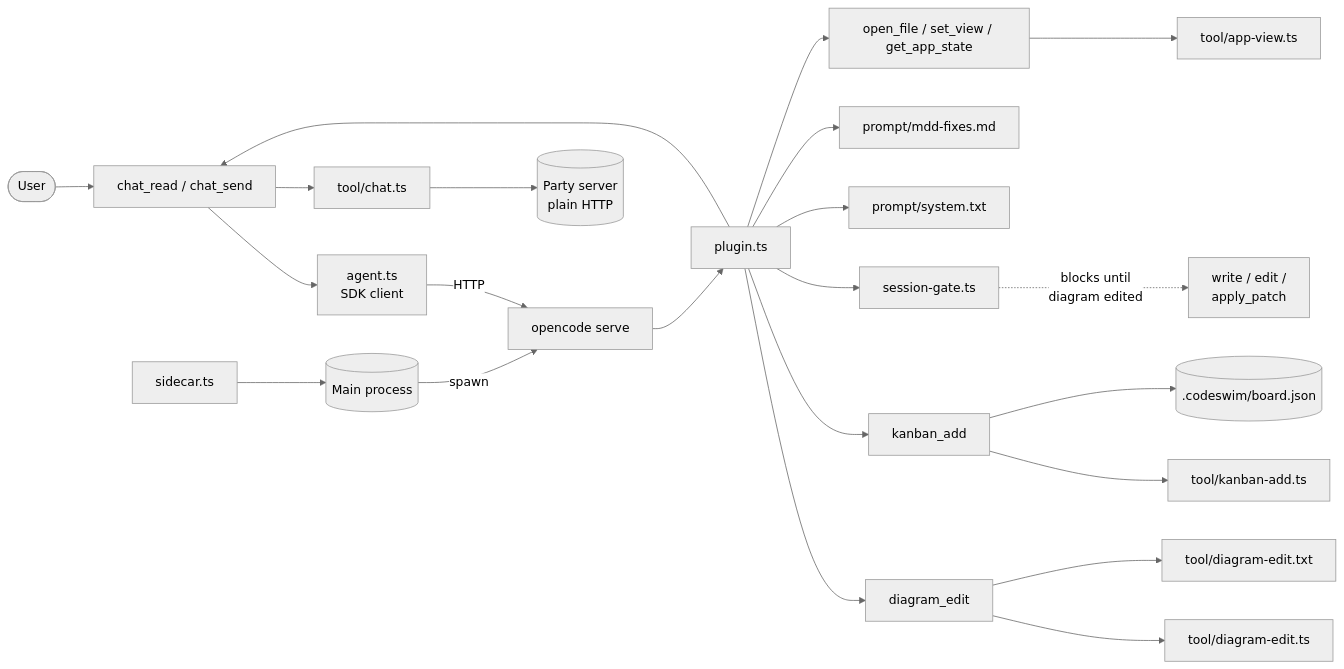
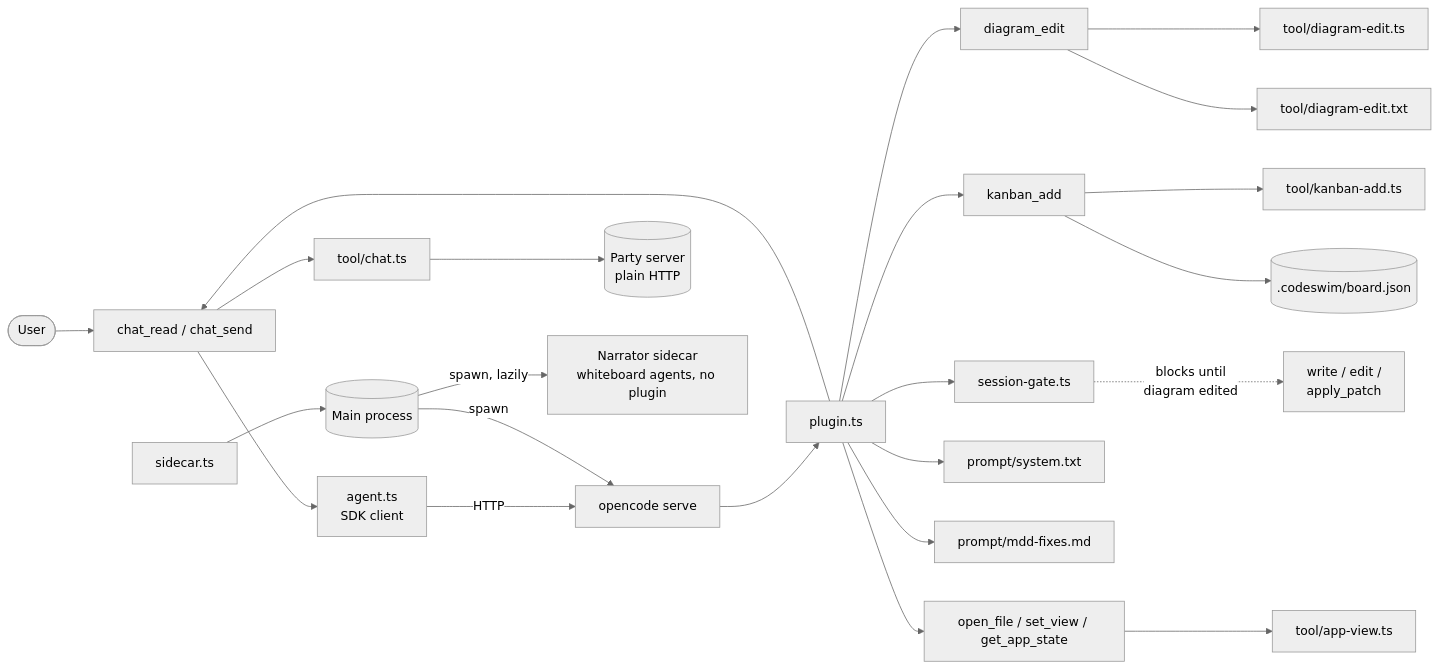
The diagram in architecture/agent-harness.md (keithagroves/codeswim), drawn with Mermaid (neutral theme) before and after one commit. The commit also changed other lines of this file and 118 other files, not shown here.

````diff
--- a/architecture/agent-harness.md
+++ b/architecture/agent-harness.md
@@ -18,47 +18,49 @@
 ```mermaid
 flowchart LR
     User([User]) --> Chat[ChatPanel]
     Chat --> Client[agent.ts<br/>SDK client]
     Client -->|HTTP| Server[opencode serve]
     Main[(Main process)] -->|spawn| Server
     Sidecar[sidecar.ts] --> Main
     Server --> Plugin[plugin.ts]
     Plugin --> Tool[diagram_edit]
     Plugin --> Kanban[kanban_add]
     Plugin --> Chat[chat_read / chat_send]
     Chat --> ChatImpl[tool/chat.ts]
     ChatImpl --> Party[(Party server<br/>plain HTTP)]
     Plugin --> Gate[session-gate.ts]
     Gate -.->|blocks until<br/>diagram edited| Mutating[write / edit /<br/>apply_patch]
     Plugin --> System[prompt/system.txt]
     Plugin --> Fixes[prompt/mdd-fixes.md]
     Tool --> ToolImpl[tool/diagram-edit.ts]
     Tool --> ToolDesc[tool/diagram-edit.txt]
     Kanban --> KanbanImpl[tool/kanban-add.ts]
     Kanban --> KanbanBoard[(.codeswim/board.json)]
     Plugin --> AppTools[open_file / set_view / get_app_state]
     AppTools --> AppViewImpl[tool/app-view.ts]
+    Main -->|spawn, lazily| Narrator[Narrator sidecar<br/>whiteboard agents, no plugin]
 
     click User call navigate("../overview.md")
     click Chat call navigate("../apps/desktop/src/renderer/src/components/ChatPanel.tsx")
     click Client call navigate("../apps/desktop/src/renderer/src/agent.ts")
     click Server call navigate("../packages/harness/src/plugin.ts")
     click Main call navigate("../architecture/main-process.md")
     click Sidecar call navigate("../apps/desktop/src/main/sidecar.ts")
     click Plugin call navigate("../packages/harness/src/plugin.ts")
     click Tool call navigate("../packages/harness/src/tool/diagram-edit.ts")
     click Gate call navigate("../packages/harness/src/session-gate.ts")
     click System call navigate("../packages/harness/src/prompt/system.txt")
     click Fixes call navigate("../packages/harness/src/prompt/mdd-fixes.md")
     click ToolImpl call navigate("../packages/harness/src/tool/diagram-edit.ts")
     click ToolDesc call navigate("../packages/harness/src/tool/diagram-edit.txt")
     click Kanban call navigate("../packages/harness/src/tool/kanban-add.ts")
     click KanbanImpl call navigate("../packages/harness/src/tool/kanban-add.ts")
     click KanbanBoard call navigate("../packages/domain-kanban/src/kanban.ts")
     click Chat call navigate("../packages/harness/src/tool/chat.ts")
     click ChatImpl call navigate("../packages/harness/src/tool/chat.ts")
     click Party call navigate("../architecture/party.md")
     click Mutating call navigate("../overview.md")
     click AppTools call navigate("../packages/harness/src/plugin.ts")
     click AppViewImpl call navigate("../packages/harness/src/tool/app-view.ts")
+    click Narrator call navigate("./whiteboard.md")
 ```
````
